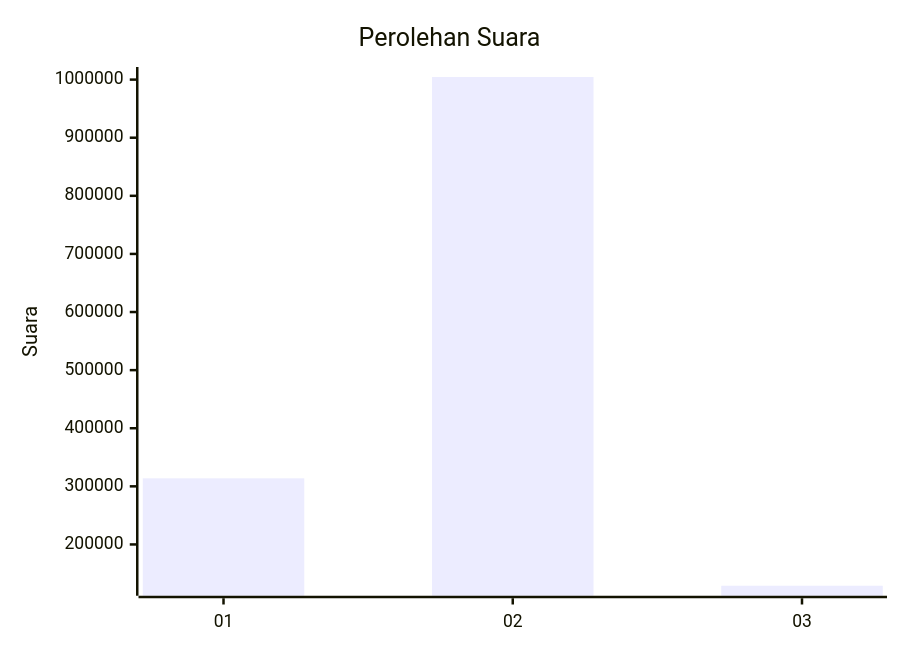
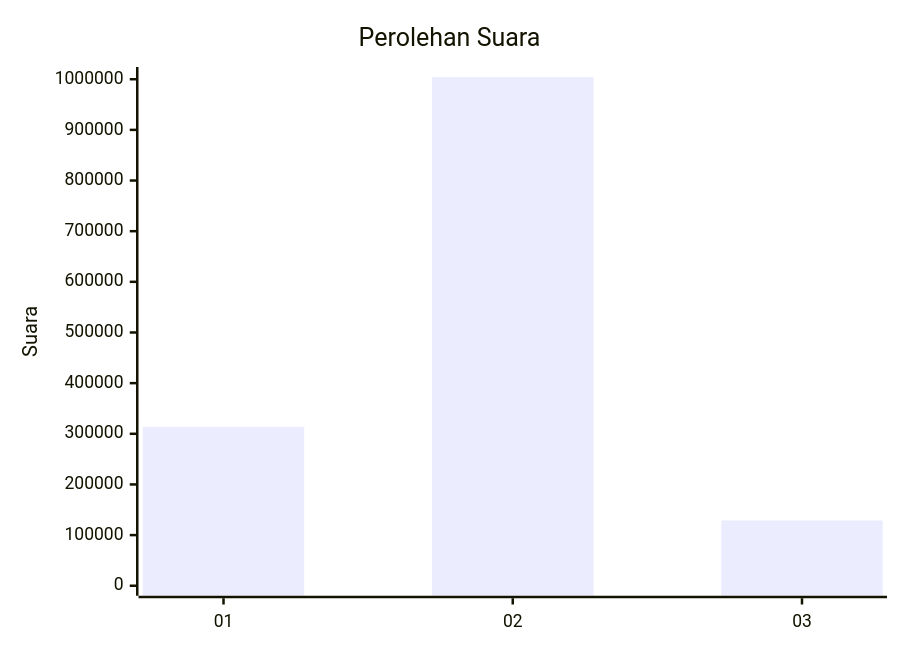
One commit to gigit-pemilu/pemilu-2024 changed the first of 2 diagrams in pilpres/hitung-suara/sub/table-wilayah-72.md. Above: the diagram before and after it, drawn with Mermaid. The commit also changed other lines of this file and 42 other files, not shown here.

````diff
--- a/pilpres/hitung-suara/sub/table-wilayah-72.md
+++ b/pilpres/hitung-suara/sub/table-wilayah-72.md
@@ -7,7 +7,7 @@
 ```mermaid
 xychart-beta
     title "Perolehan Suara"
     x-axis [01, 02, 03]
-    y-axis "Suara"
-    bar [313747, 1004488, 128914]
+    y-axis "Suara" 0 --> 1004388
+    bar [313680, 1004388, 128907]
 ```
````
